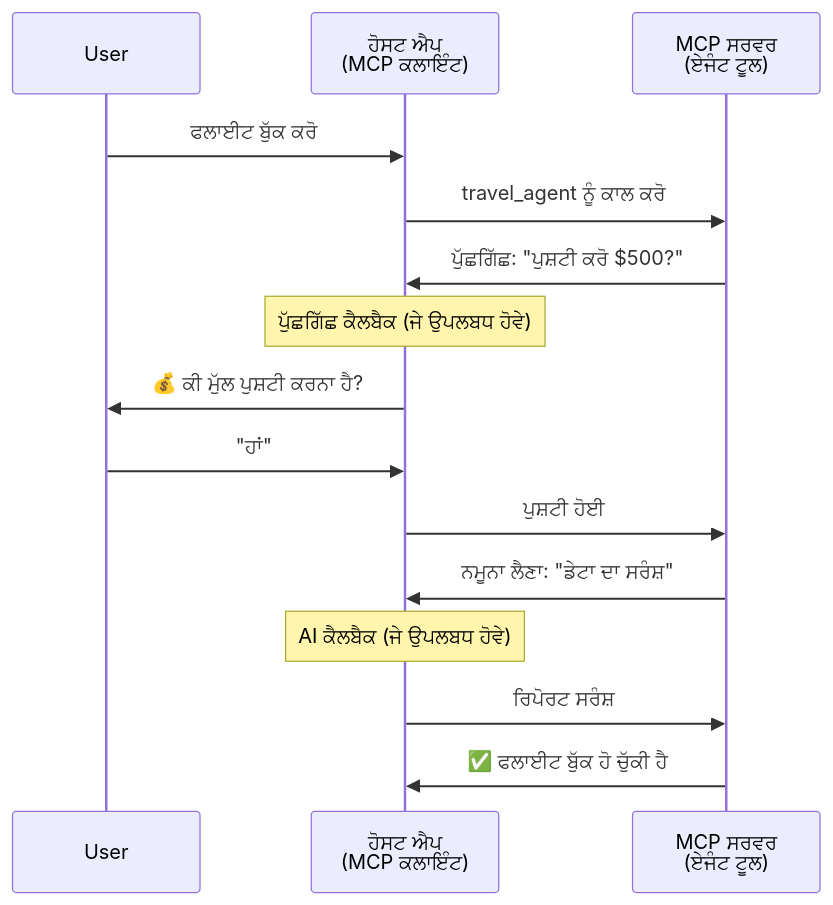
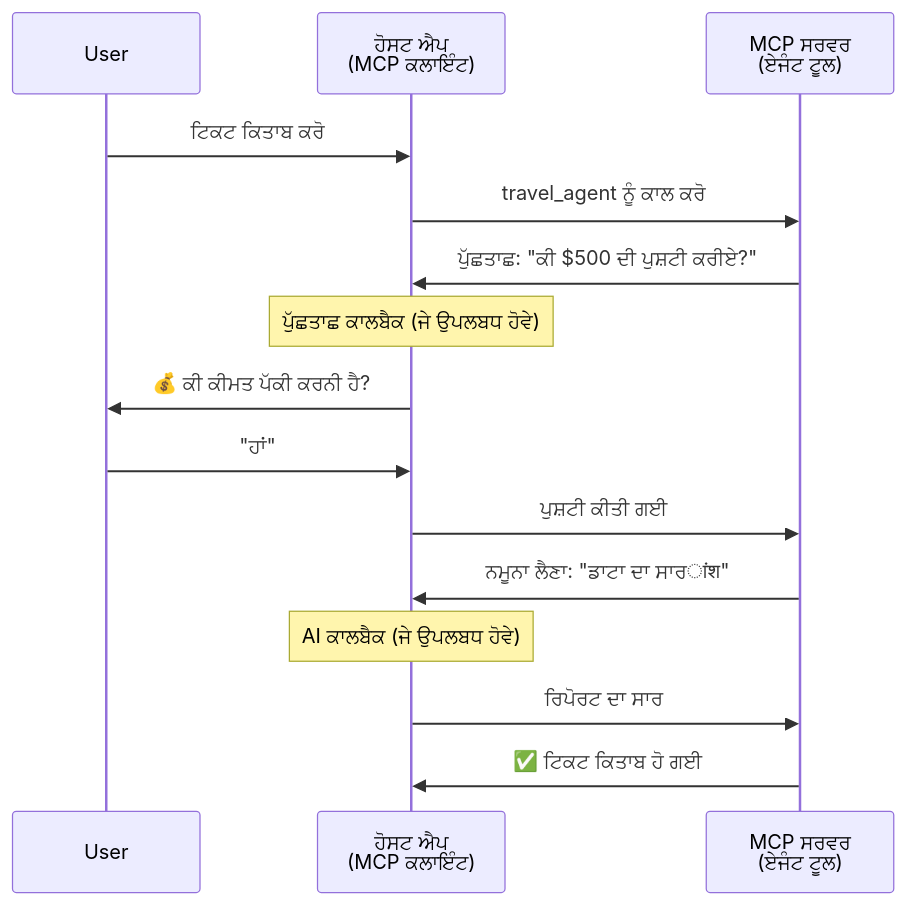
One commit to gabrielmoreira/agent-skills-mirror changed the fourth of 5 diagrams in mirrors/repos/microsoft@ai-agents-for-beginners/translations/pa/11-agentic-protocols/code_samples/mcp-agents/README.md. Above: the diagram before and after it, drawn with Mermaid. The commit also changed other lines of this file and 4262 other files, not shown here.

````diff
--- a/mirrors/repos/microsoft@ai-agents-for-beginners/translations/pa/11-agentic-protocols/code_samples/mcp-agents/README.md
+++ b/mirrors/repos/microsoft@ai-agents-for-beginners/translations/pa/11-agentic-protocols/code_samples/mcp-agents/README.md
@@ -163,21 +163,21 @@
 ```mermaid
 sequenceDiagram
     participant User
     participant Host as ਹੋਸਟ ਐਪ<br/>(MCP ਕਲਾਇੰਟ)
     participant Server as MCP ਸਰਵਰ<br/>(ਏਜੰਟ ਟੂਲ)
 
-    User->>Host: ਫਲਾਈਟ ਬੁੱਕ ਕਰੋ
+    User->>Host: ਟਿਕਟ ਕਿਤਾਬ ਕਰੋ
     Host->>Server: travel_agent ਨੂੰ ਕਾਲ ਕਰੋ
 
-    Server->>Host: ਪੁੱਛਗਿੱਛ: "ਪੁਸ਼ਟੀ ਕਰੋ $500?"
-    Note over Host: ਪੁੱਛਗਿੱਛ ਕੈਲਬੈਕ (ਜੇ ਉਪਲਬਧ ਹੋਵੇ)
-    Host->>User: 💰 ਕੀ ਮੁੱਲ ਪੁਸ਼ਟੀ ਕਰਨਾ ਹੈ?
+    Server->>Host: ਪੁੱਛਤਾਛ: "ਕੀ $500 ਦੀ ਪੁਸ਼ਟੀ ਕਰੀਏ?"
+    Note over Host: ਪੁੱਛਤਾਛ ਕਾਲਬੈਕ (ਜੇ ਉਪਲਬਧ ਹੋਵੇ)
+    Host->>User: 💰 ਕੀ ਕੀਮਤ ਪੱਕੀ ਕਰਨੀ ਹੈ?
     User->>Host: "ਹਾਂ"
-    Host->>Server: ਪੁਸ਼ਟੀ ਹੋਈ
+    Host->>Server: ਪੁਸ਼ਟੀ ਕੀਤੀ ਗਈ
 
-    Server->>Host: ਨਮੂਨਾ ਲੈਣਾ: "ਡੇਟਾ ਦਾ ਸਰੰਸ਼"
-    Note over Host: AI ਕੈਲਬੈਕ (ਜੇ ਉਪਲਬਧ ਹੋਵੇ)
-    Host->>Server: ਰਿਪੋਰਟ ਸਰੰਸ਼
+    Server->>Host: ਨਮੂਨਾ ਲੈਣਾ: "ਡਾਟਾ ਦਾ ਸਾਰांश"
+    Note over Host: AI ਕਾਲਬੈਕ (ਜੇ ਉਪਲਬਧ ਹੋਵੇ)
+    Host->>Server: ਰਿਪੋਰਟ ਦਾ ਸਾਰ
 
-    Server->>Host: ✅ ਫਲਾਈਟ ਬੁੱਕ ਹੋ ਚੁੱਕੀ ਹੈ
+    Server->>Host: ✅ ਟਿਕਟ ਕਿਤਾਬ ਹੋ ਗਈ
 ```
````
